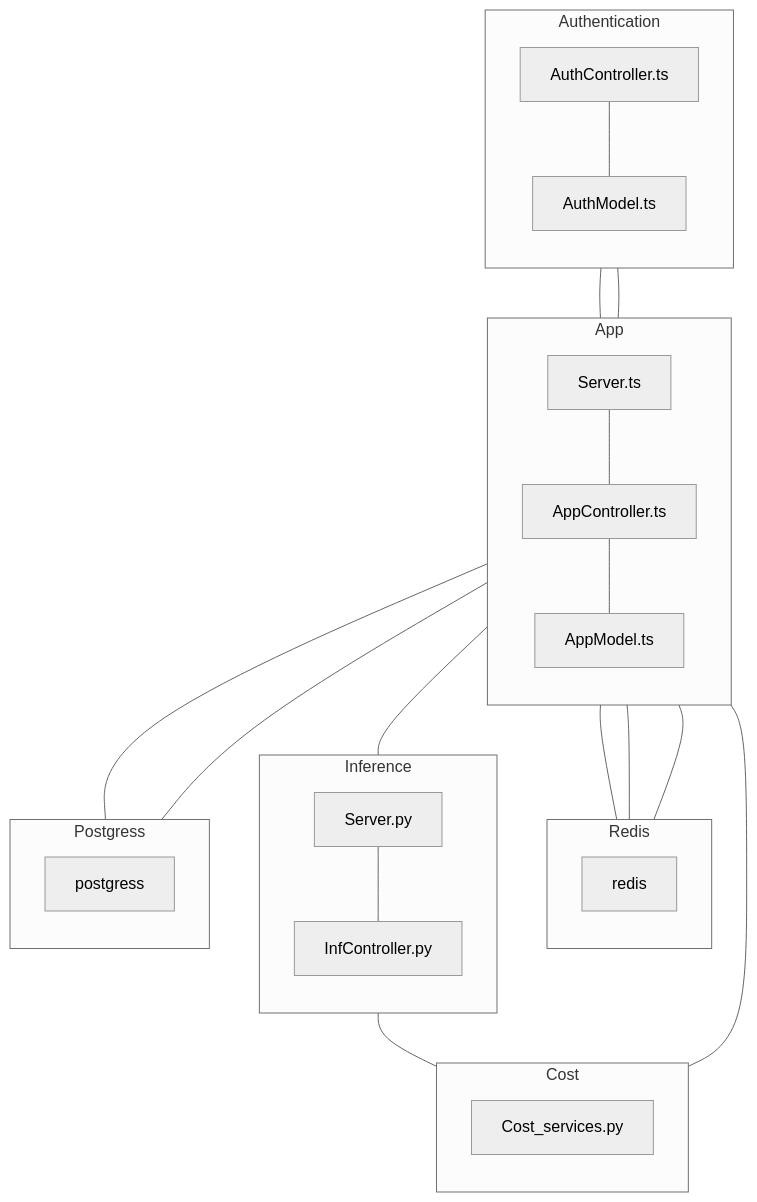
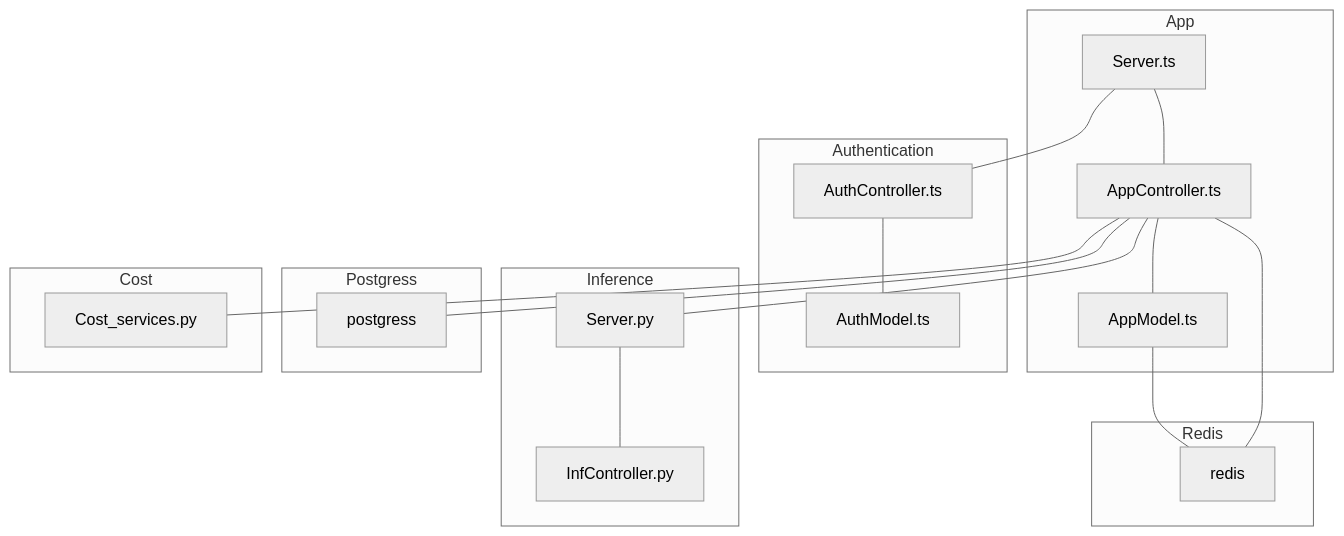
Before and after one commit to AgneseBruglia/PA2024: the second of 14 diagrams in README.md, drawn with Mermaid (neutral theme). The commit also changed other lines of this file, not shown here.

````diff
--- a/README.md
+++ b/README.md
@@ -30,55 +30,40 @@
 ```mermaid
 graph TD;
-    %% Definizione dei subgraph
     subgraph App
-    direction TB
     Server.ts --- AppController.ts 
     AppController.ts 
     AppModel.ts 
     AppController.ts --- AppModel.ts
     end
 
     subgraph Redis
-    direction TB
     redis
     end
 
     subgraph Authentication
-    direction TB
     Server.ts --- AuthController.ts
     AuthController.ts 
     AuthModel.ts 
     AuthController.ts --- AuthModel.ts
     end
 
     subgraph Inference
-    direction TB
     Server.py --- InfController.py
     InfController.py
     end
 
     subgraph Postgress
-    direction TB
     postgress
     end
 
     subgraph Cost
-    direction TB
     Cost_services.py
     end
 
-    %% Connessioni esterne ai subgraph
     AppModel.ts --- redis
     AppController.ts --- postgress
     AppController.ts --- Server.py
     AppController.ts --- redis
     AppController.ts --- Cost_services.py
 
-    %% Posizionamento per ridurre sovrapposizioni
-    Server.ts --- postgress
-    Server.ts --- redis
-    AuthController.ts --- AppController.ts
-    InfController.py --- Cost_services.py
-
-
 ```
````
